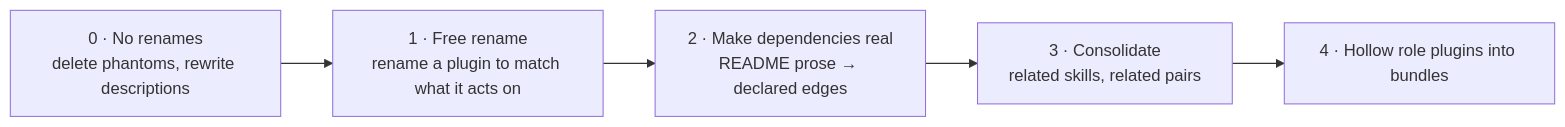
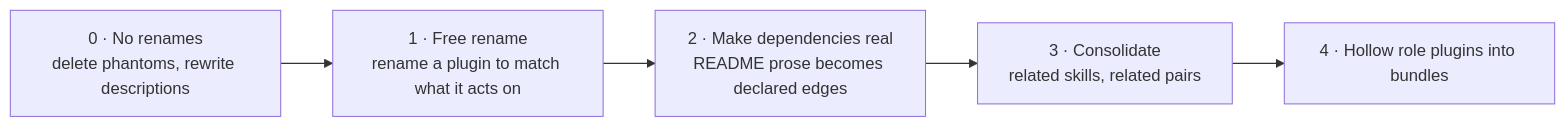
The third of 3 diagrams in docs/architecture/adr/0035-adopt-ai-plugin-taxonomy.md (bitwarden/contributing-docs), drawn with Mermaid before and after one commit. The commit also changed other lines of this file, not shown here.

First line of the commit message:
Tighten the prose and correct the diagram captions

````diff
--- a/docs/architecture/adr/0035-adopt-ai-plugin-taxonomy.md
+++ b/docs/architecture/adr/0035-adopt-ai-plugin-taxonomy.md
@@ -159,7 +156,7 @@
 ```mermaid
 flowchart LR
     P0["0 · No renames<br/>delete phantoms, rewrite descriptions"] --> P1["1 · Free rename<br/>rename a plugin to match what it acts on"]
-    P1 --> P2["2 · Make dependencies real<br/>README prose → declared edges"]
+    P1 --> P2["2 · Make dependencies real<br/>README prose becomes declared edges"]
     P2 --> P3["3 · Consolidate<br/>related skills, related pairs"]
     P3 --> P4["4 · Hollow role plugins into bundles"]
 ```
````
